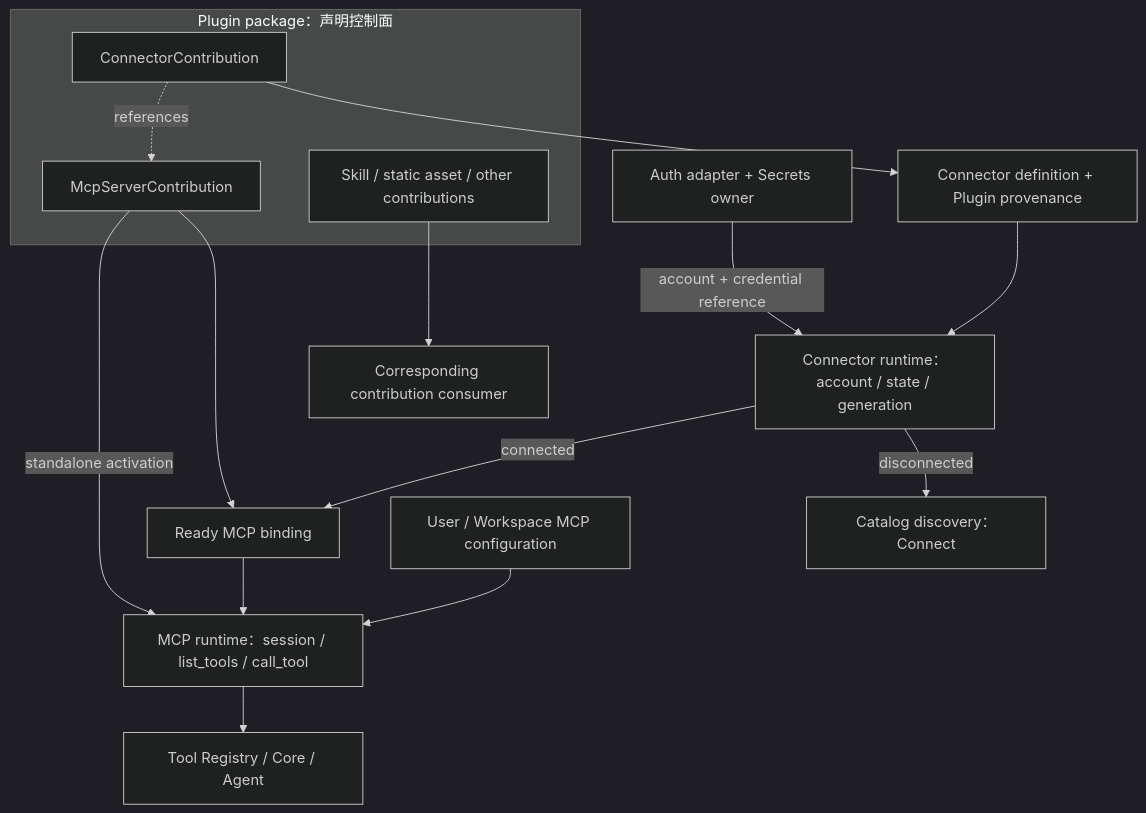
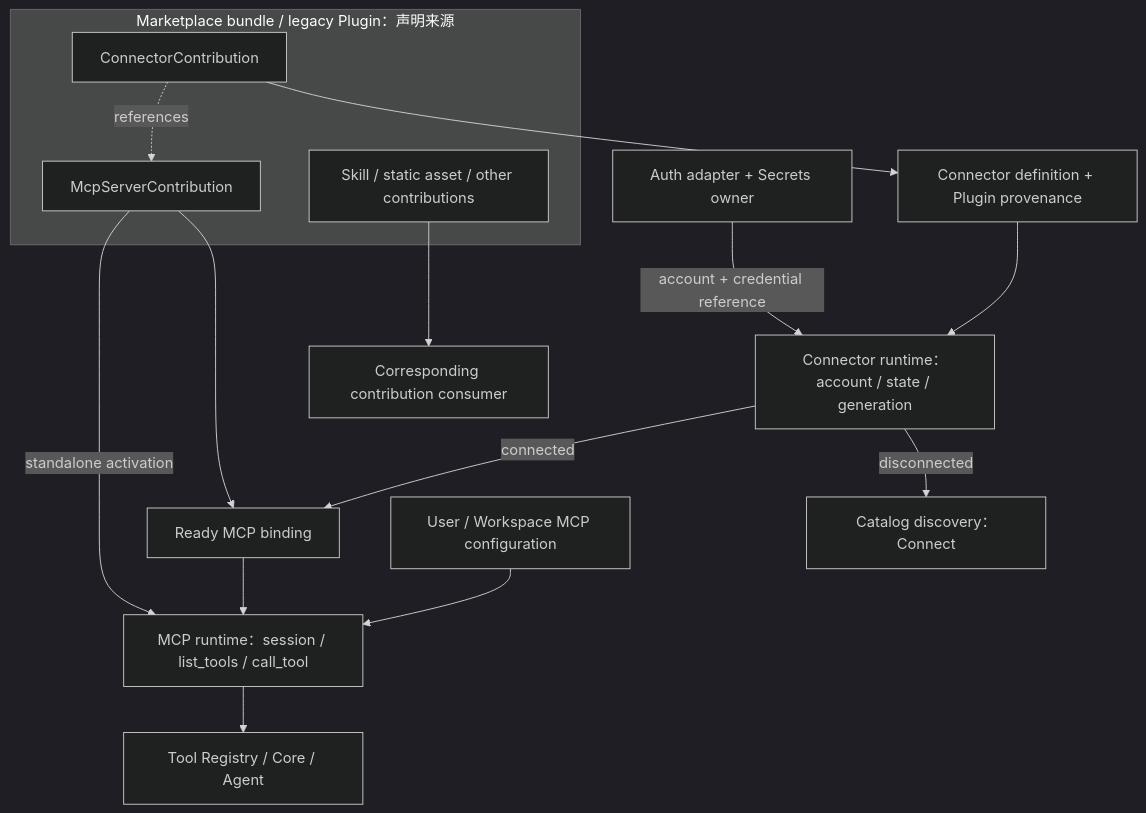
One commit to chogng/zeta changed the first of 2 diagrams in docs/connectors.md. Above: the diagram before and after it, drawn with Mermaid (dark theme). The commit also changed other lines of this file and 352 other files, not shown here.

````diff
--- a/docs/connectors.md
+++ b/docs/connectors.md
@@ -43,21 +47,21 @@
 ```mermaid
 flowchart TD
-    subgraph P["Plugin package：声明控制面"]
+    subgraph P["Marketplace bundle / legacy Plugin：声明来源"]
         PC["ConnectorContribution"]
         PM["McpServerContribution"]
         PO["Skill / static asset / other contributions"]
     end
 
     PC -. "references" .-> PM
     PC --> CP["Connector definition + Plugin provenance"]
     CP --> C["Connector runtime：account / state / generation"]
     A["Auth adapter + Secrets owner"] -->|"account + credential reference"| C
     C -->|"connected"| B["Ready MCP binding"]
     C -->|"disconnected"| D["Catalog discovery：Connect"]
     PM -->|"standalone activation"| M["MCP runtime：session / list_tools / call_tool"]
     PM --> B
     U["User / Workspace MCP configuration"] --> M
     B --> M
     M --> T["Tool Registry / Core / Agent"]
     PO --> O["Corresponding contribution consumer"]
 ```
````
